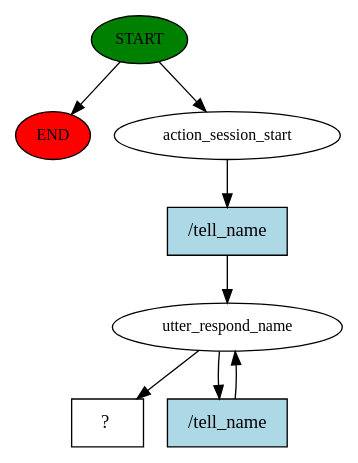
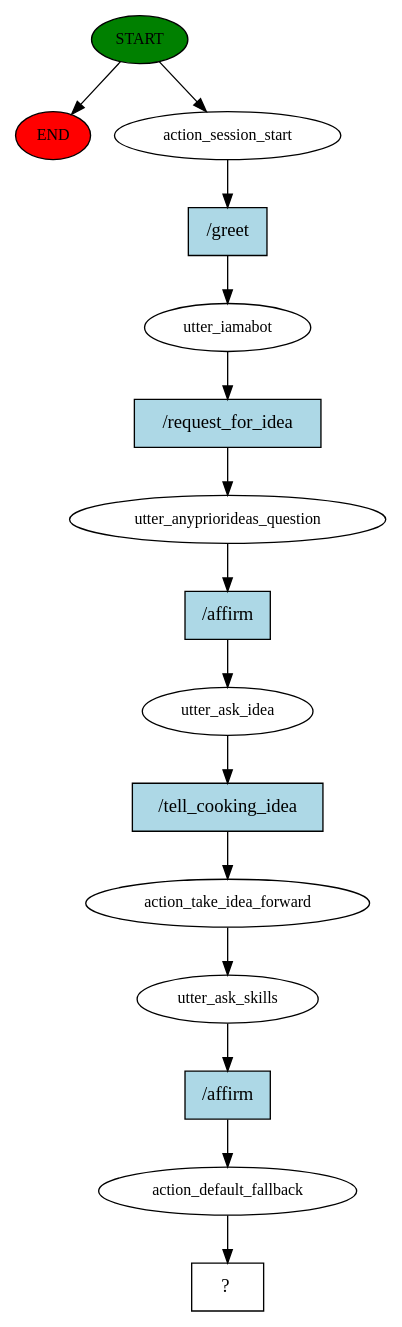
Before and after one commit to AdithyaPadmashali/buzz_women_chatbot_rasa: the diagram in story_graph.dot, drawn with Graphviz. The commit also changed 7 other files, not shown here.

```diff
--- a/story_graph.dot
+++ b/story_graph.dot
@@ -1,16 +1,31 @@
 digraph  {
 0 [class="start active", fillcolor=green, fontsize=12, label=START, style=filled];
 "-1" [class=end, fillcolor=red, fontsize=12, label=END, style=filled];
 1 [class=active, fontsize=12, label=action_session_start];
-2 [class=active, fontsize=12, label=utter_respond_name];
-4 [class="intent dashed active", label="  ?  ", shape=rect];
-5 [class="intent active", fillcolor=lightblue, label="/tell_name", shape=rect, style=filled];
-6 [class="intent active", fillcolor=lightblue, label="/tell_name", shape=rect, style=filled];
+2 [class=active, fontsize=12, label=utter_iamabot];
+3 [class=active, fontsize=12, label=utter_anypriorideas_question];
+4 [class=active, fontsize=12, label=utter_ask_idea];
+5 [class=active, fontsize=12, label=action_take_idea_forward];
+6 [class=active, fontsize=12, label=utter_ask_skills];
+7 [class=active, fontsize=12, label=action_default_fallback];
+8 [class="intent dashed active", label="  ?  ", shape=rect];
+9 [class="intent active", fillcolor=lightblue, label="/greet", shape=rect, style=filled];
+10 [class="intent active", fillcolor=lightblue, label="/request_for_idea", shape=rect, style=filled];
+11 [class="intent active", fillcolor=lightblue, label="/affirm", shape=rect, style=filled];
+12 [class="intent active", fillcolor=lightblue, label="/tell_cooking_idea", shape=rect, style=filled];
+13 [class="intent active", fillcolor=lightblue, label="/affirm", shape=rect, style=filled];
 0 -> "-1"  [class="", key=NONE, label=""];
 0 -> 1  [class=active, key=NONE, label=""];
-1 -> 5  [class=active, key=0];
-2 -> 4  [class=active, key=NONE, label=""];
-2 -> 6  [class=active, key=0];
-5 -> 2  [class=active, key=0];
-6 -> 2  [class=active, key=0];
+1 -> 9  [class=active, key=0];
+2 -> 10  [class=active, key=0];
+3 -> 11  [class=active, key=0];
+4 -> 12  [class=active, key=0];
+5 -> 6  [class=active, key=NONE, label=""];
+6 -> 13  [class=active, key=0];
+7 -> 8  [class=active, key=NONE, label=""];
+9 -> 2  [class=active, key=0];
+10 -> 3  [class=active, key=0];
+11 -> 4  [class=active, key=0];
+12 -> 5  [class=active, key=0];
+13 -> 7  [class=active, key=0];
 }
```
